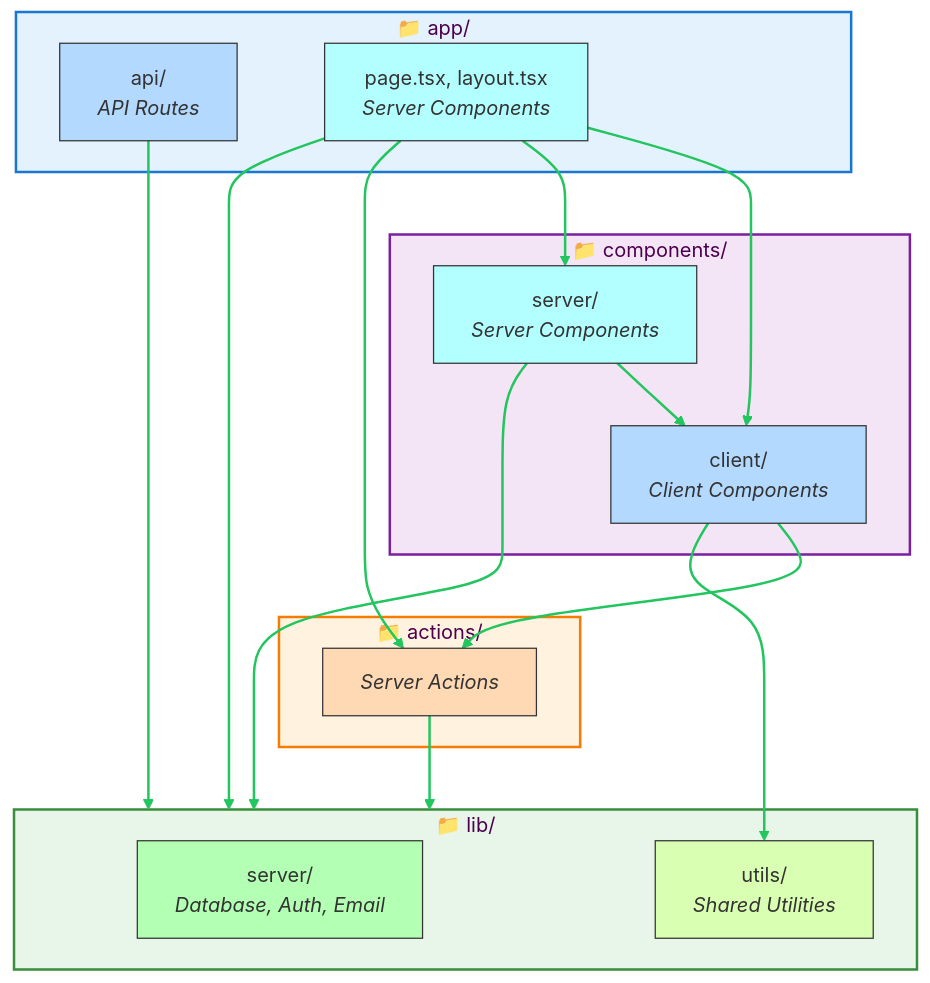
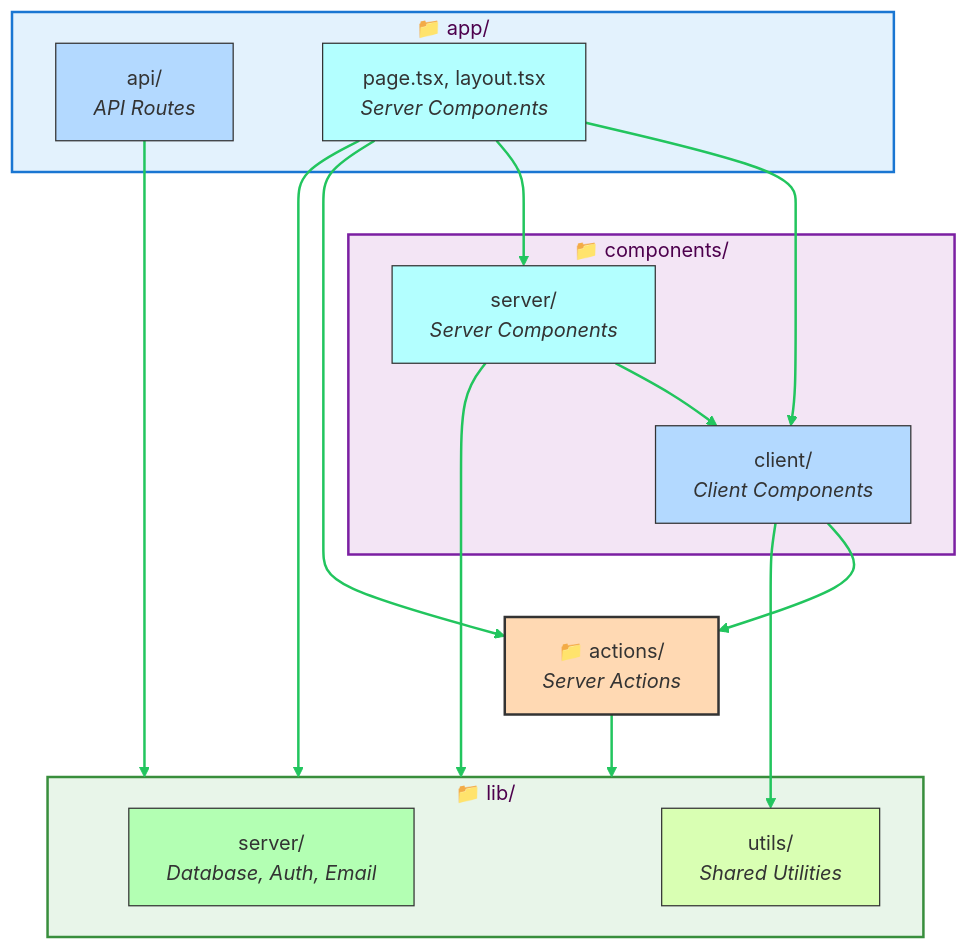
Before and after one commit to stricture-dev/stricture: the diagram in examples/simple-nextjs/README.md, drawn with Mermaid. The commit also changed 1 other file, not shown here.

Commit message:
refactor: flatten actions folder to single node in nextjs diagrams
Remove redundant subgraph wrapper around actions/ since it has no subfolders.
Change from nested structure to simple node for clarity.

Before:
  📁 actions/ (subgraph)
    └─ Server Actions (nested node)

After:
  📁 actions/ (Server Actions) (single node)

This is more consistent with the diagram's design principle:
- Folders with subfolders → use subgraph (app/, components/, lib/)
- Folders without subfolders → use simple node (actions/)

Also increased border width on Actions node to 2px for visual consistency
as a top-level folder.

````diff
--- a/examples/simple-nextjs/README.md
+++ b/examples/simple-nextjs/README.md
@@ -21,48 +21,45 @@
 ```mermaid
 %%{init: {'theme':'base', 'themeVariables': { 'primaryColor':'hsl(210, 100%, 85%)','primaryBorderColor':'hsl(210, 100%, 70%)','secondaryColor':'hsl(180, 100%, 85%)','secondaryBorderColor':'hsl(180, 100%, 70%)','tertiaryColor':'hsl(120, 100%, 85%)','tertiaryBorderColor':'hsl(120, 100%, 70%)'}}}%%
 graph TB
     subgraph app["📁 app/"]
         AppAPI["api/<br/><i>API Routes</i>"]
         AppPages["page.tsx, layout.tsx<br/><i>Server Components</i>"]
     end
 
     subgraph components["📁 components/"]
         CompServer["server/<br/><i>Server Components</i>"]
         CompClient["client/<br/><i>Client Components</i>"]
     end
 
-    subgraph actions["📁 actions/"]
-        Actions["<i>Server Actions</i>"]
-    end
+    Actions["📁 actions/<br/><i>Server Actions</i>"]
 
     subgraph lib["📁 lib/"]
         LibServer["server/<br/><i>Database, Auth, Email</i>"]
         LibUtils["utils/<br/><i>Shared Utilities</i>"]
     end
 
     AppPages --> CompClient
     AppPages --> CompServer
     AppPages --> Actions
     AppPages --> lib
     AppAPI --> lib
     CompServer --> CompClient
     CompServer --> lib
     CompClient --> Actions
     CompClient --> LibUtils
     Actions --> lib
 
     style app fill:#e3f2fd,stroke:#1976d2,stroke-width:2px
     style components fill:#f3e5f5,stroke:#7b1fa2,stroke-width:2px
-    style actions fill:#fff3e0,stroke:#f57c00,stroke-width:2px
     style lib fill:#e8f5e9,stroke:#388e3c,stroke-width:2px
 
     style AppAPI fill:#b3d9ff,stroke:#333,stroke-width:1px
     style AppPages fill:#b3ffff,stroke:#333,stroke-width:1px
     style CompServer fill:#b3ffff,stroke:#333,stroke-width:1px
     style CompClient fill:#b3d9ff,stroke:#333,stroke-width:1px
-    style Actions fill:#ffd9b3,stroke:#333,stroke-width:1px
+    style Actions fill:#ffd9b3,stroke:#333,stroke-width:2px
     style LibServer fill:#b3ffb3,stroke:#333,stroke-width:1px
     style LibUtils fill:#d9ffb3,stroke:#333,stroke-width:1px
 
     linkStyle 0,1,2,3,4,5,6,7,8,9 stroke:#22c55e,stroke-width:2px
 ```
````
